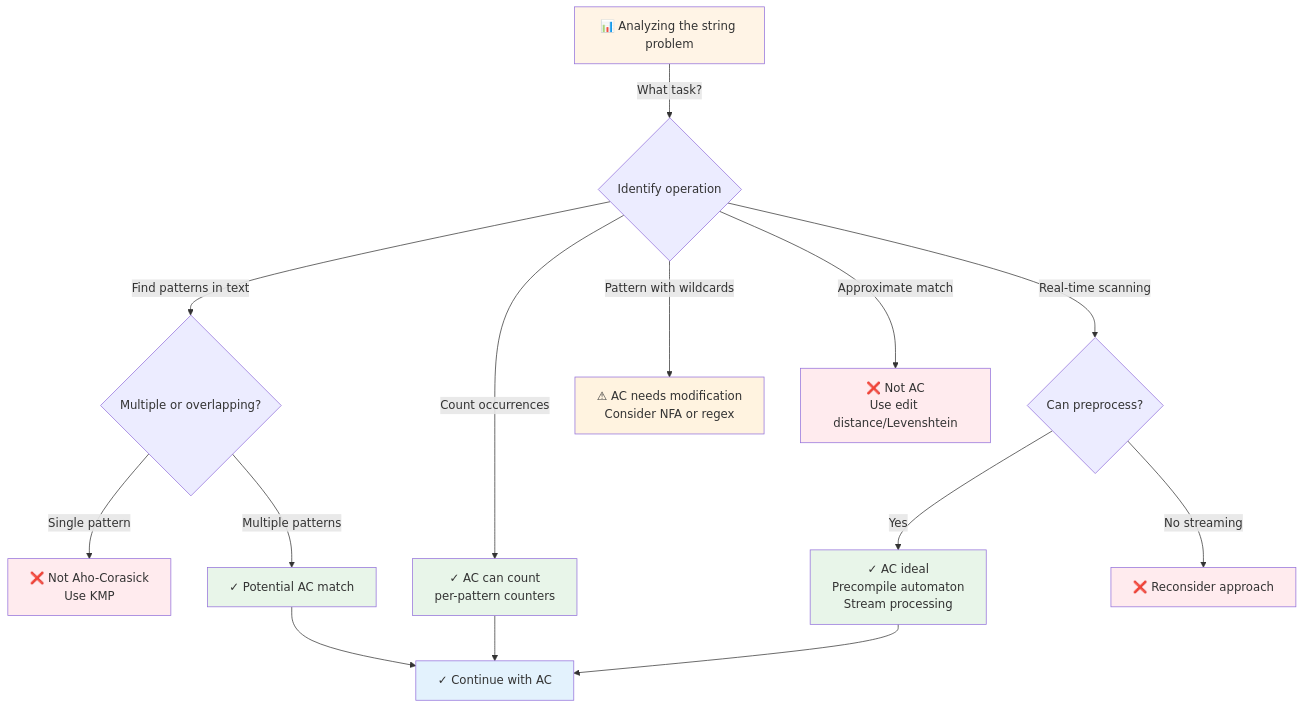
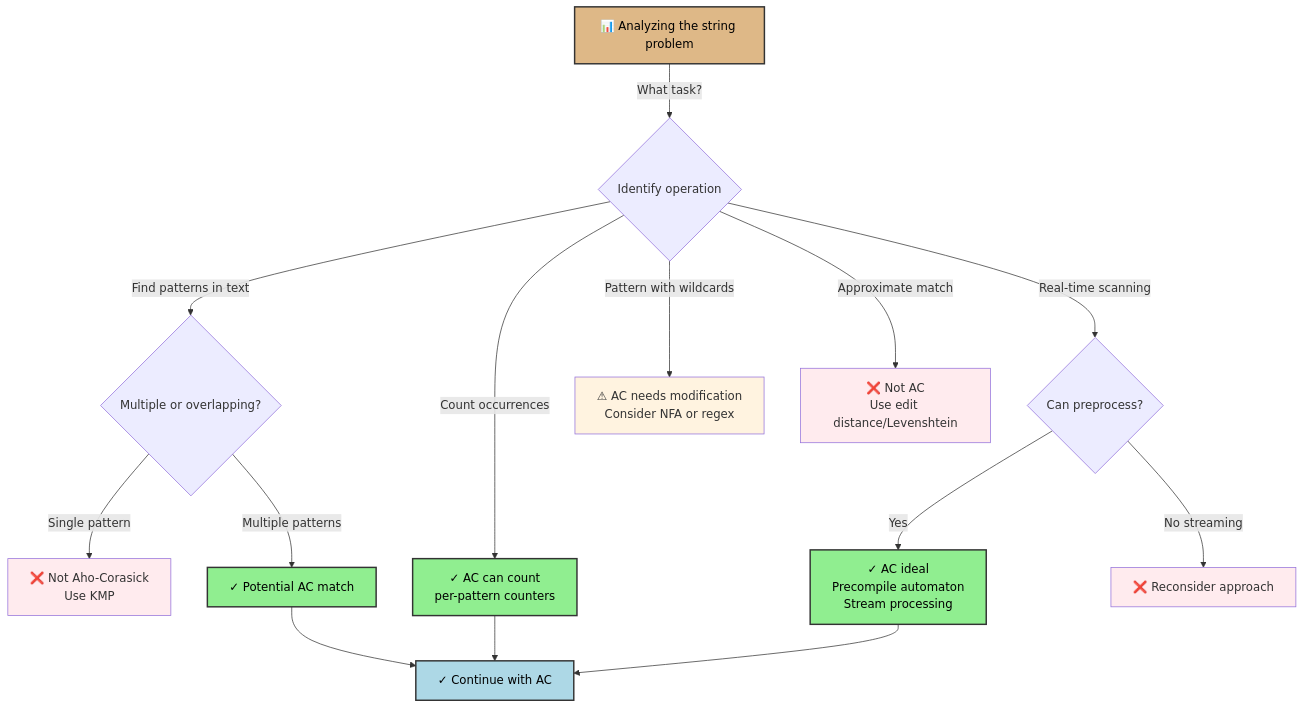
One commit to souradeepta/interviewprep changed the second of 4 diagrams in docs/advanced_ds/ac_automaton.md. Above: the diagram before and after it, drawn with Mermaid. The commit also changed other lines of this file and 31 other files, not shown here.

Commit message:
updated graphs

````diff
--- a/docs/advanced_ds/ac_automaton.md
+++ b/docs/advanced_ds/ac_automaton.md
@@ -119,26 +119,26 @@
 ```mermaid
 flowchart TD
     A["📊 Analyzing the string problem"] -->|What task?| B{Identify operation}
     B -->|Find patterns in text| C{Multiple or overlapping?}
     C -->|Single pattern| D["❌ Not Aho-Corasick<br/>Use KMP"]
     C -->|Multiple patterns| E["✓ Potential AC match"]
     B -->|Count occurrences| F["✓ AC can count<br/>per-pattern counters"]
     B -->|Real-time scanning| G{Can preprocess?}
     G -->|Yes| H["✓ AC ideal<br/>Precompile automaton<br/>Stream processing"]
     G -->|No streaming| I["❌ Reconsider approach"]
     B -->|Pattern with wildcards| J["⚠ AC needs modification<br/>Consider NFA or regex"]
     B -->|Approximate match| K["❌ Not AC<br/>Use edit distance/Levenshtein"]
     E --> L["✓ Continue with AC"]
     F --> L
     H --> L
     
-    style A fill:#fff4e6
-    style E fill:#e8f5e9
-    style F fill:#e8f5e9
-    style H fill:#e8f5e9
+    style A fill:#deb887,color:#000,stroke:#333,stroke-width:2px
+    style E fill:#90ee90,color:#000,stroke:#333,stroke-width:2px
+    style F fill:#90ee90,color:#000,stroke:#333,stroke-width:2px
+    style H fill:#90ee90,color:#000,stroke:#333,stroke-width:2px
     style D fill:#ffebee
     style I fill:#ffebee
     style J fill:#fff3e0
     style K fill:#ffebee
-    style L fill:#e3f2fd
+    style L fill:#add8e6,color:#000,stroke:#333,stroke-width:2px
 ```
````
